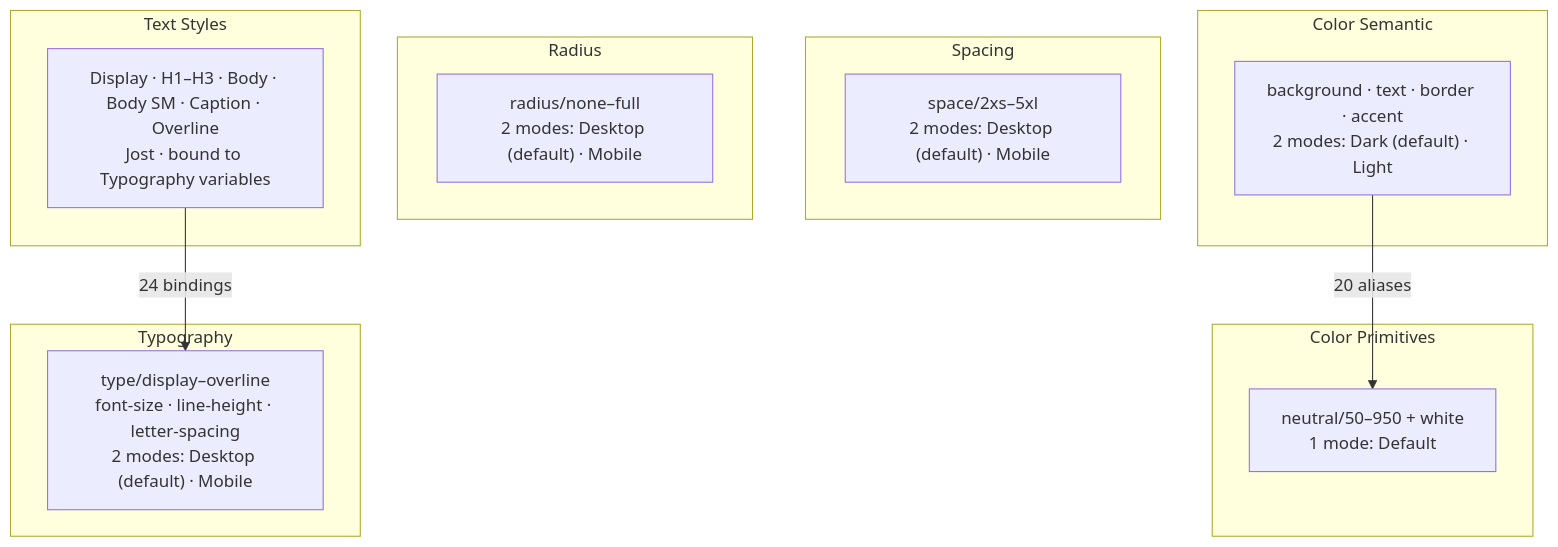
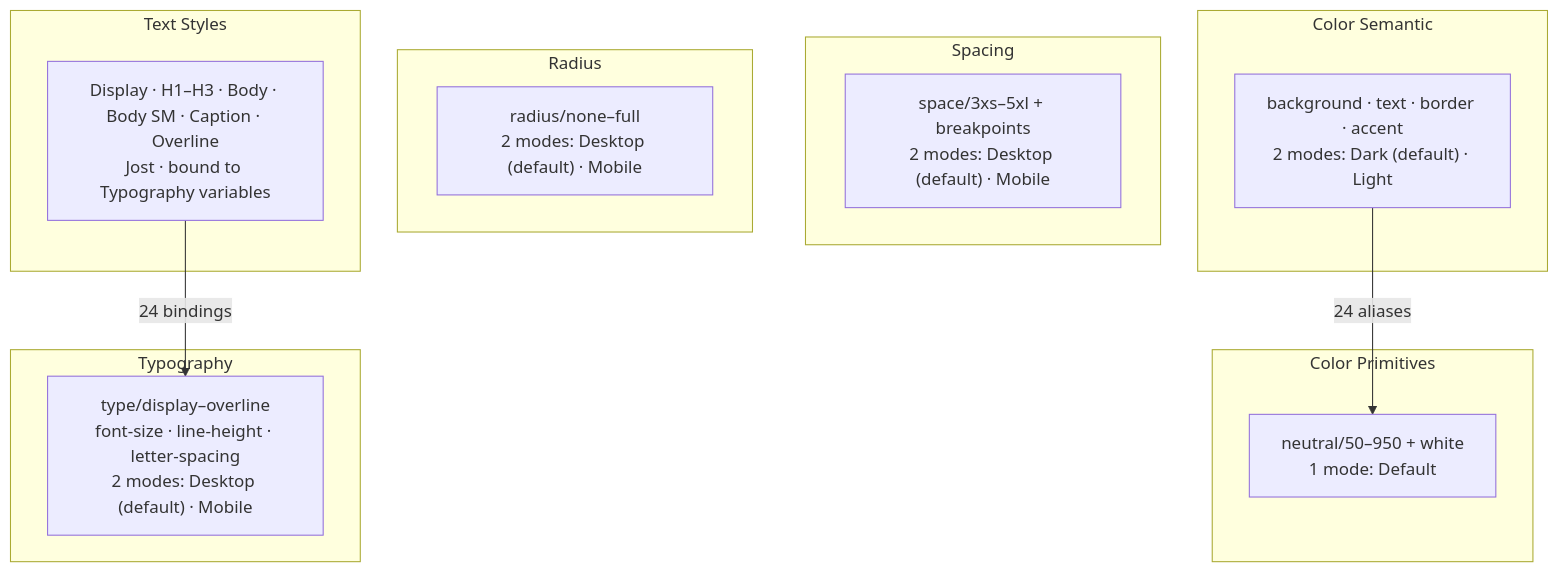
One commit to PieterNijs/brak-brussels changed the diagram in design-tokens.md. Above: the diagram before and after it, drawn with Mermaid. The commit also changed other lines of this file and 3 other files, not shown here.

````diff
--- a/design-tokens.md
+++ b/design-tokens.md
@@ -24,29 +24,29 @@
 ```mermaid
 flowchart TD
     subgraph primitives ["Color Primitives"]
         P["neutral/50–950 + white<br/>1 mode: Default"]
     end
 
     subgraph semantic ["Color Semantic"]
         S["background · text · border · accent<br/>2 modes: Dark (default) · Light"]
     end
 
     subgraph spacing ["Spacing"]
-        SP["space/2xs–5xl<br/>2 modes: Desktop (default) · Mobile"]
+        SP["space/3xs–5xl + breakpoints<br/>2 modes: Desktop (default) · Mobile"]
     end
 
     subgraph radius ["Radius"]
         R["radius/none–full<br/>2 modes: Desktop (default) · Mobile"]
     end
 
     subgraph typography ["Typography"]
         T["type/display–overline<br/>font-size · line-height · letter-spacing<br/>2 modes: Desktop (default) · Mobile"]
     end
 
     subgraph styles ["Text Styles"]
         TS["Display · H1–H3 · Body · Body SM · Caption · Overline<br/>Jost · bound to Typography variables"]
     end
 
-    S -->|"20 aliases"| P
+    S -->|"24 aliases"| P
     TS -->|"24 bindings"| T
 ```
````
